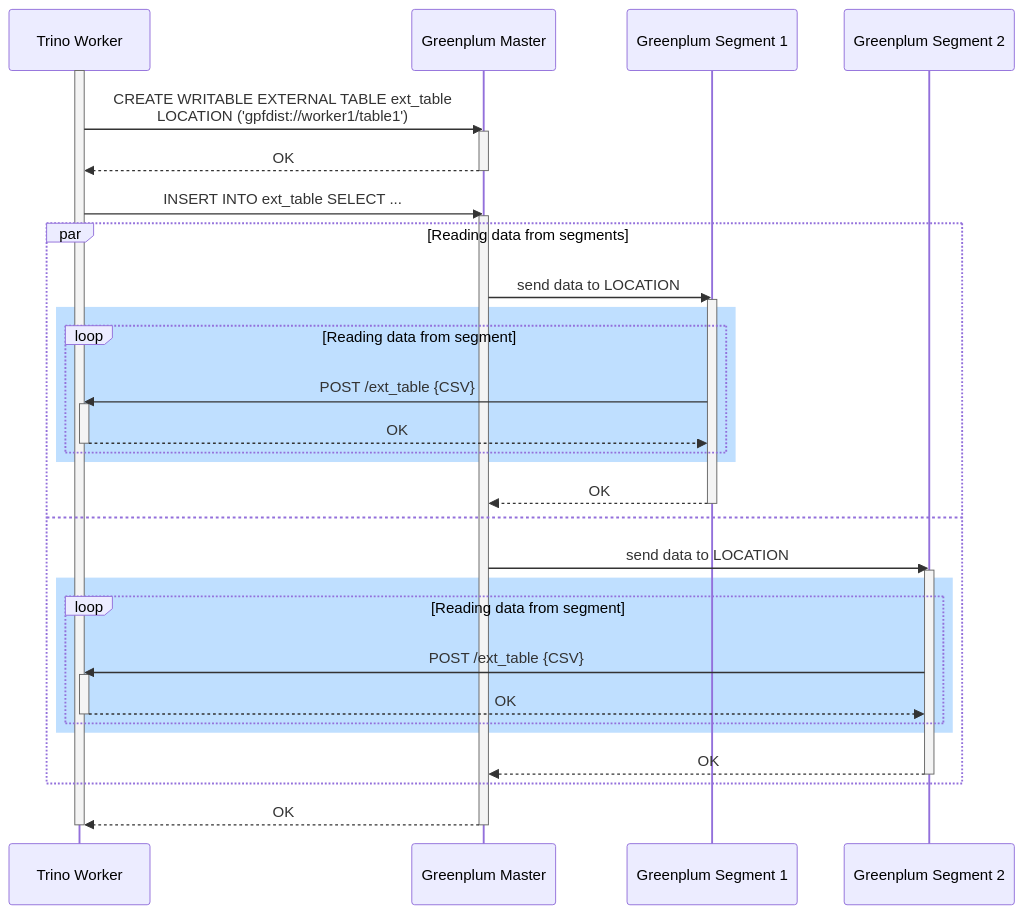
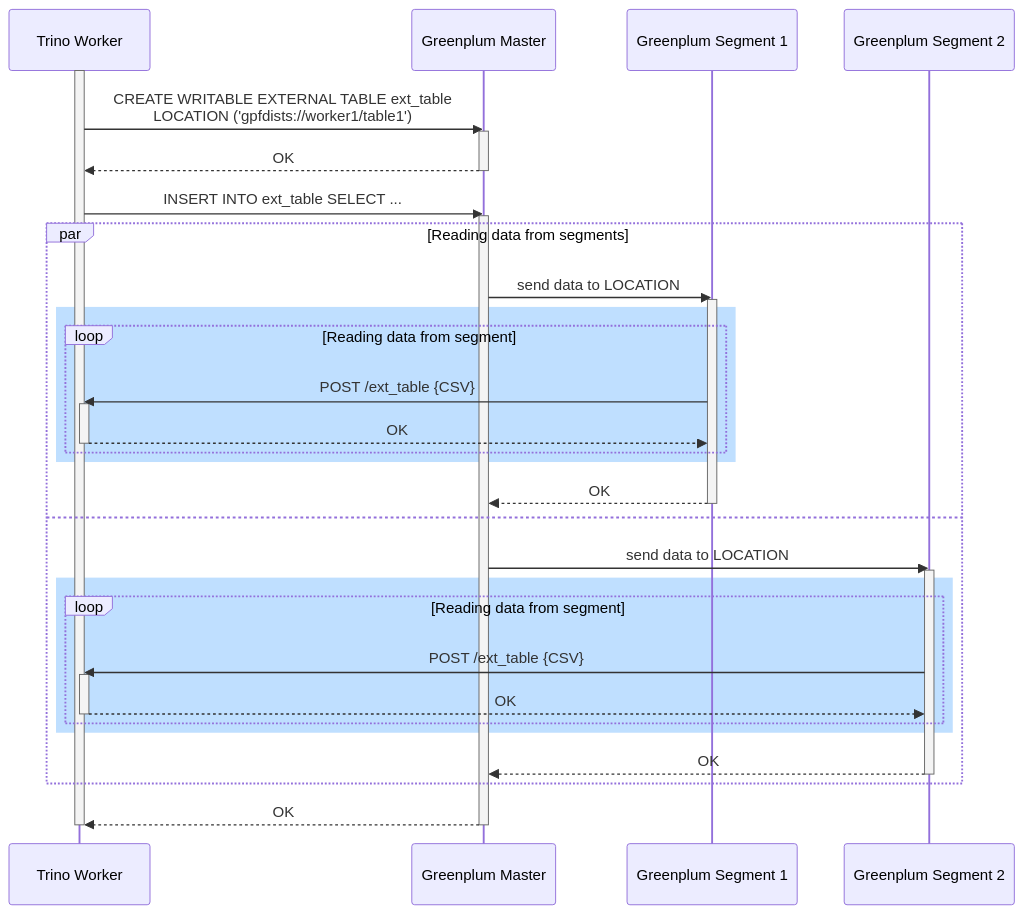
Before and after one commit to yandex-cloud/docs: the second of 2 diagrams in md-docs/managed-trino/concepts/greenplum-connector.md, drawn with Mermaid. The commit also changed other lines of this file and 434 other files, not shown here.

````diff
--- a/md-docs/managed-trino/concepts/greenplum-connector.md
+++ b/md-docs/managed-trino/concepts/greenplum-connector.md
@@ -81,47 +83,47 @@
 ```mermaid
 sequenceDiagram
     participant w1 as Trino Worker
     participant m as Greenplum Master
     participant s1 as Greenplum Segment 1
     participant s2 as Greenplum Segment 2
 
     activate w1
-    w1 ->> m : CREATE WRITABLE EXTERNAL TABLE ext_table <br>LOCATION ('gpfdist://worker1/table1')
+    w1 ->> m : CREATE WRITABLE EXTERNAL TABLE ext_table <br>LOCATION ('gpfdists://worker1/table1')
     activate m
     m -->> w1 : OK
     deactivate m
 
     w1 ->> m : INSERT INTO ext_table SELECT ...
     activate m
 
     par Reading data from segments
     m ->> s1 : send data to LOCATION
     activate s1
     rect rgba(0, 128, 255, 0.25)
         loop Reading data from segment
             s1 ->> w1 : POST /ext_table {CSV}
             activate w1
             w1 -->> s1 : OK
             deactivate w1
         end
     end
     s1 -->> m : OK
     deactivate s1
     and
     m ->> s2 : send data to LOCATION
     activate s2
     rect rgba(0, 128, 255, 0.25)
         loop Reading data from segment
             s2 ->> w1 : POST /ext_table {CSV}
             activate w1
             w1 -->> s2 : OK
             deactivate w1
         end
     end
     s2 -->> m : OK
     deactivate s2
     end
     m -->> w1 : OK
     deactivate m
     deactivate w1
 ```
````
